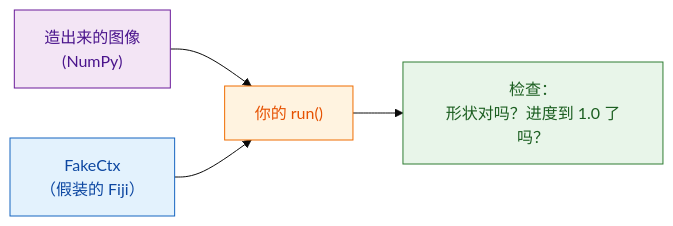
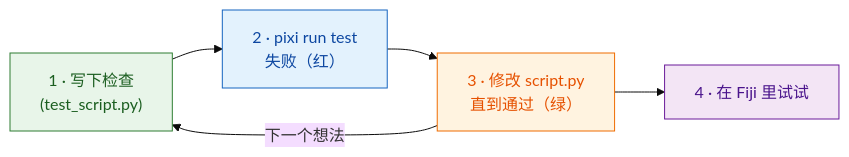
The diagram in guide/write/test-without-fiji.zh-Hans.md (Oxford-Zeiss-Centre-of-Excellence/Wavu), drawn with Mermaid (base theme) before and after one commit. The commit also changed other lines of this file and 28 other files, not shown here.

````diff
--- a/guide/write/test-without-fiji.zh-Hans.md
+++ b/guide/write/test-without-fiji.zh-Hans.md
@@ -13,15 +17,14 @@
 ```mermaid
 flowchart LR
-    I["造出来的图像<br/>(NumPy)"]:::env
-    F["FakeCtx<br/>（假装的 Fiji）"]:::fiji
-    S["你的 run()"]:::script
-    C["检查：<br/>形状对吗？进度到 1.0 了吗？"]:::worker
-    I --> S
-    F --> S
-    S --> C
+    T["1 · 写下检查<br/>(test_script.py)"]:::worker
+    R["2 · pixi run test<br/>失败（红）"]:::fiji
+    S["3 · 修改 script.py<br/>直到通过（绿）"]:::script
+    F["4 · 在 Fiji 里试试"]:::env
+    T --> R --> S --> F
+    S -- "下一个想法" --> T
 
     classDef fiji   fill:#e3f2fd,stroke:#1565c0,color:#0d47a1
     classDef worker fill:#e8f5e9,stroke:#2e7d32,color:#1b5e20
     classDef script fill:#fff3e0,stroke:#ef6c00,color:#e65100
     classDef env    fill:#f3e5f5,stroke:#6a1b9a,color:#4a148c
 ```
````
